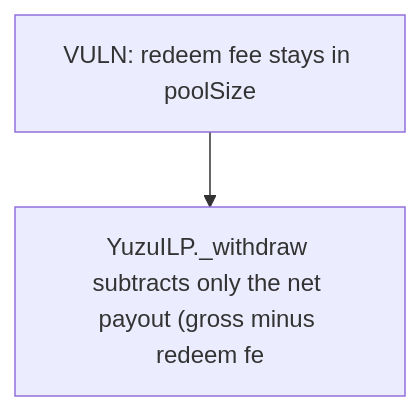
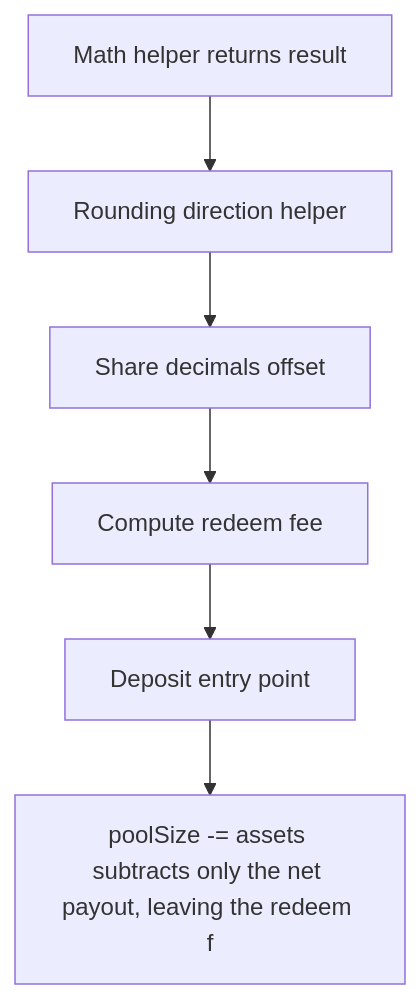
One commit to sanbir/evm-hack-registry changed the diagram in 62758-h-03-fee-avoidance-possible-by-uncollected-fees-in-pool-acco_exp/62758-h-03-fee-avoidance-possible-by-uncollected-fees-in-pool-acco_exp.md. Above: the diagram before and after it, drawn with Mermaid. The commit also changed other lines of this file and 79 other files, not shown here.

````diff
--- a/62758-h-03-fee-avoidance-possible-by-uncollected-fees-in-pool-acco_exp/62758-h-03-fee-avoidance-possible-by-uncollected-fees-in-pool-acco_exp.md
+++ b/62758-h-03-fee-avoidance-possible-by-uncollected-fees-in-pool-acco_exp/62758-h-03-fee-avoidance-possible-by-uncollected-fees-in-pool-acco_exp.md
@@ -28,6 +28,14 @@
 ```mermaid
 flowchart TD
-  S0["VULN: redeem fee stays in poolSize"]
-  H["YuzuILP._withdraw subtracts only the net payout (gross minus redeem fe"]
-  S0 --> H
+  S0["Math helper returns result"]
+  S1["Rounding direction helper"]
+  S2["Share decimals offset"]
+  S3["Compute redeem fee"]
+  S4["Deposit entry point"]
+  H["poolSize -= assets subtracts only the net payout, leaving the redeem f"]
+  S0 --> S1
+  S1 --> S2
+  S2 --> S3
+  S3 --> S4
+  S4 --> H
 ```
````
